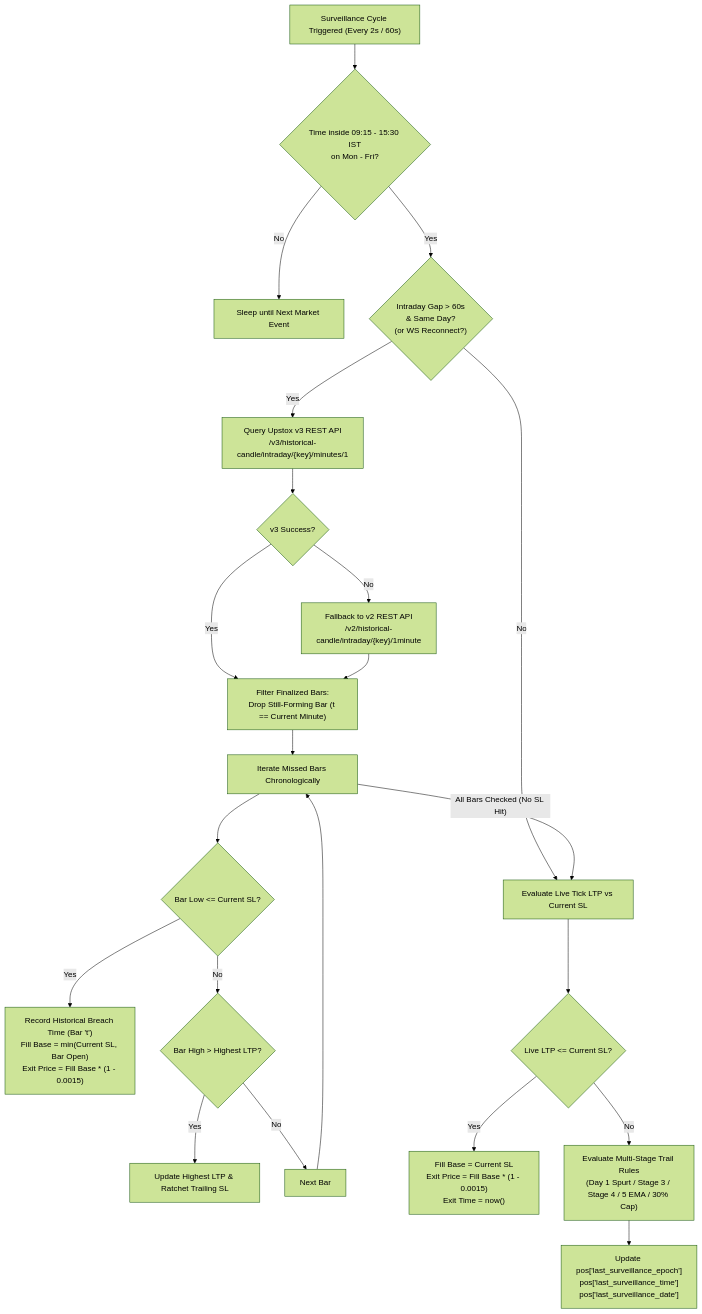
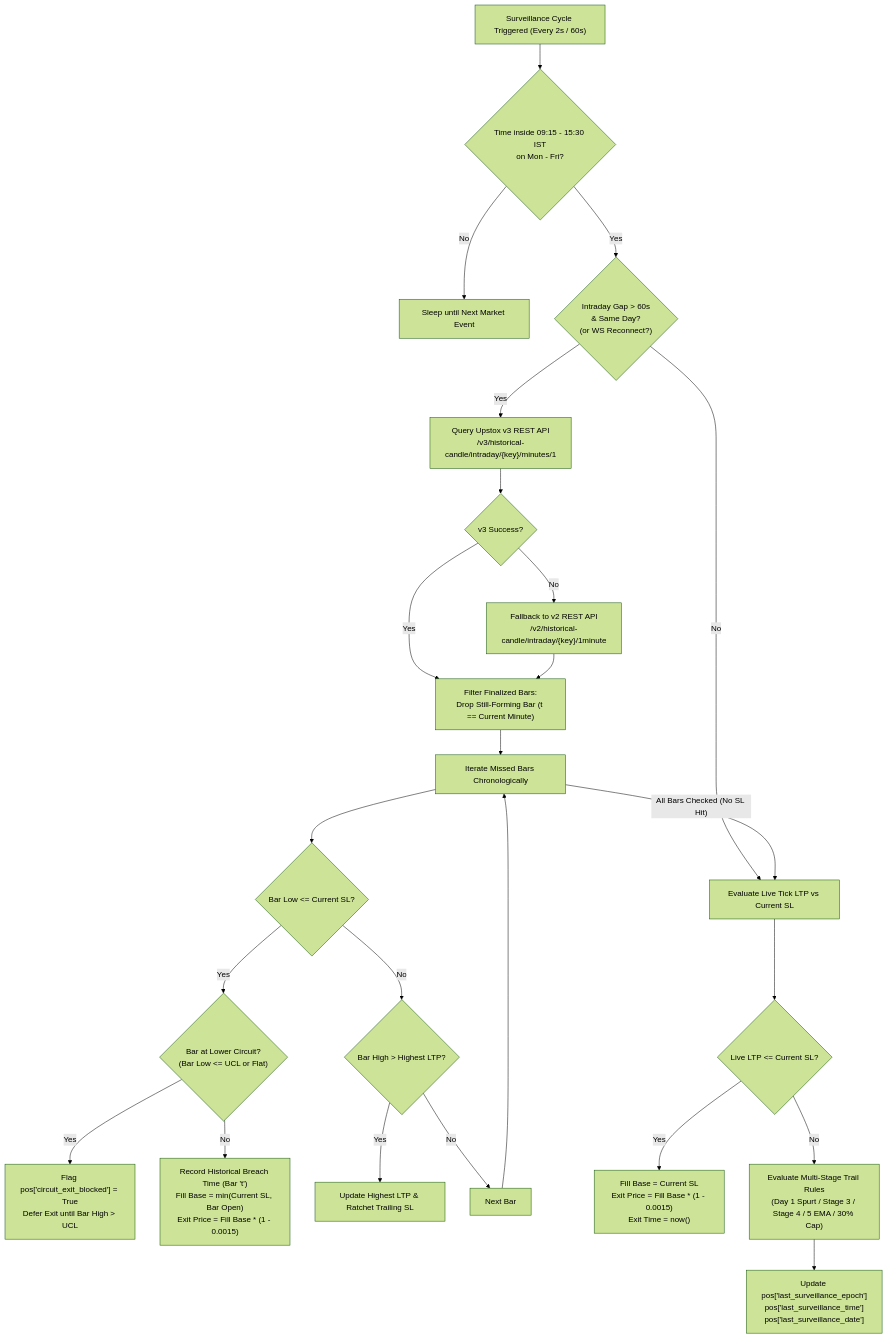
The fourth of 5 diagrams in JARVIS_SYSTEM_ARCHITECTURE_AND_SPECIFICATION.md (sanIncredible/Jarvis), drawn with Mermaid (forest theme) before and after one commit. The commit also changed other lines of this file, not shown here.

Commit message:
Hardening Release v3.3.0: decoupled Monday launch gate, deferred lower-circuit unlock fill, V3 market quotes, earnings push sync

````diff
--- a/JARVIS_SYSTEM_ARCHITECTURE_AND_SPECIFICATION.md
+++ b/JARVIS_SYSTEM_ARCHITECTURE_AND_SPECIFICATION.md
@@ -578,27 +604,29 @@
 ```mermaid
 flowchart TD
     Start["Surveillance Cycle Triggered (Every 2s / 60s)"] --> TimeCheck{"Time inside 09:15 - 15:30 IST<br/>on Mon - Fri?"}
     TimeCheck -- No --> Idle["Sleep until Next Market Event"]
     TimeCheck -- Yes --> GapCheck{"Intraday Gap > 60s<br/>& Same Day?<br/>(or WS Reconnect?)"}
     
     GapCheck -- Yes --> RESTQuery["Query Upstox v3 REST API<br/>/v3/historical-candle/intraday/{key}/minutes/1"]
     RESTQuery --> Fallback{"v3 Success?"}
     Fallback -- No --> v2Query["Fallback to v2 REST API<br/>/v2/historical-candle/intraday/{key}/1minute"]
     Fallback -- Yes --> FilterBars["Filter Finalized Bars:<br/>Drop Still-Forming Bar (t == Current Minute)"]
     v2Query --> FilterBars
     
     FilterBars --> ChronoLoop["Iterate Missed Bars Chronologically"]
     ChronoLoop --> BarBreach{"Bar Low <= Current SL?"}
-    BarBreach -- Yes --> GapExit["Record Historical Breach Time (Bar 't')<br/>Fill Base = min(Current SL, Bar Open)<br/>Exit Price = Fill Base * (1 - 0.0015)"]
+    BarBreach -- Yes --> CircuitLockCheck{"Bar at Lower Circuit?<br/>(Bar Low <= UCL or Flat)"}
+    CircuitLockCheck -- Yes --> FlagLock["Flag pos['circuit_exit_blocked'] = True<br/>Defer Exit until Bar High > UCL"]
+    CircuitLockCheck -- No --> GapExit["Record Historical Breach Time (Bar 't')<br/>Fill Base = min(Current SL, Bar Open)<br/>Exit Price = Fill Base * (1 - 0.0015)"]
     BarBreach -- No --> BarHigh{"Bar High > Highest LTP?"}
     BarHigh -- Yes --> RatchetSL["Update Highest LTP & Ratchet Trailing SL"]
     BarHigh -- No --> NextBar["Next Bar"]
     NextBar --> ChronoLoop
     
     GapCheck -- No --> LiveEval["Evaluate Live Tick LTP vs Current SL"]
     ChronoLoop -- All Bars Checked (No SL Hit) --> LiveEval
     LiveEval --> LiveBreach{"Live LTP <= Current SL?"}
     LiveBreach -- Yes --> LiveExit["Fill Base = Current SL<br/>Exit Price = Fill Base * (1 - 0.0015)<br/>Exit Time = now()"]
     LiveBreach -- No --> TrailEval["Evaluate Multi-Stage Trail Rules<br/>(Day 1 Spurt / Stage 3 / Stage 4 / 5 EMA / 30% Cap)"]
     TrailEval --> UpdatePos["Update pos['last_surveillance_epoch']<br/>pos['last_surveillance_time']<br/>pos['last_surveillance_date']"]
 ```
````
